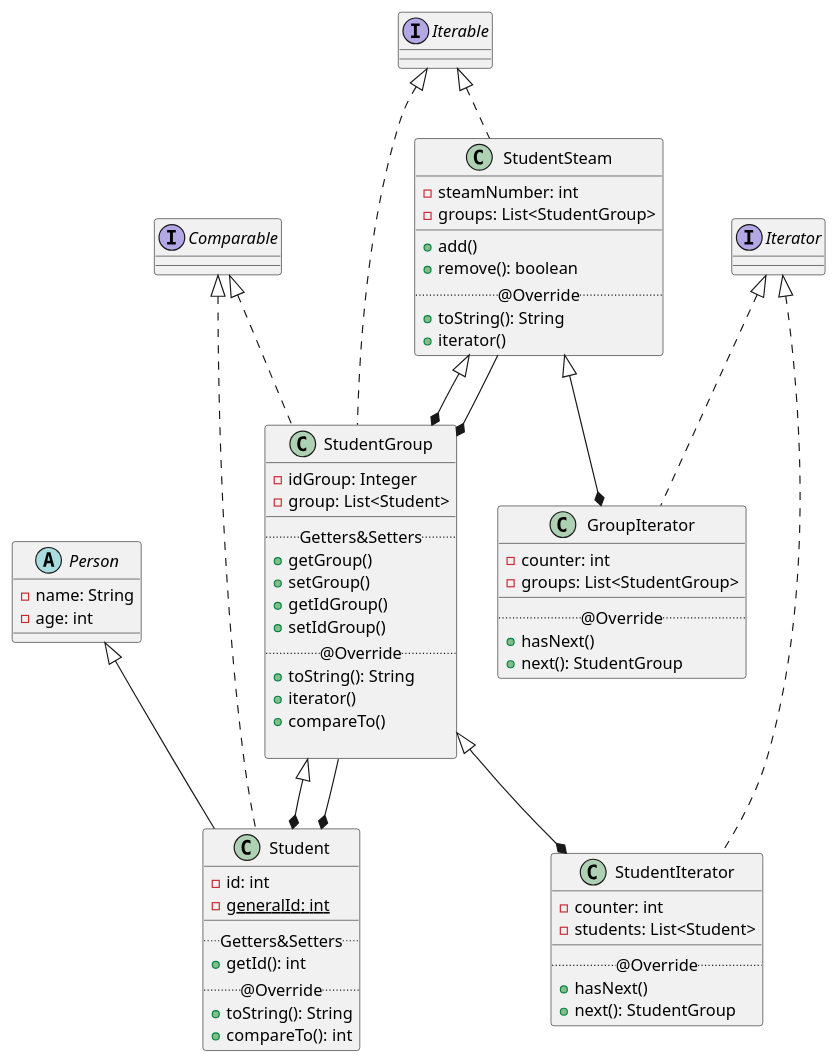
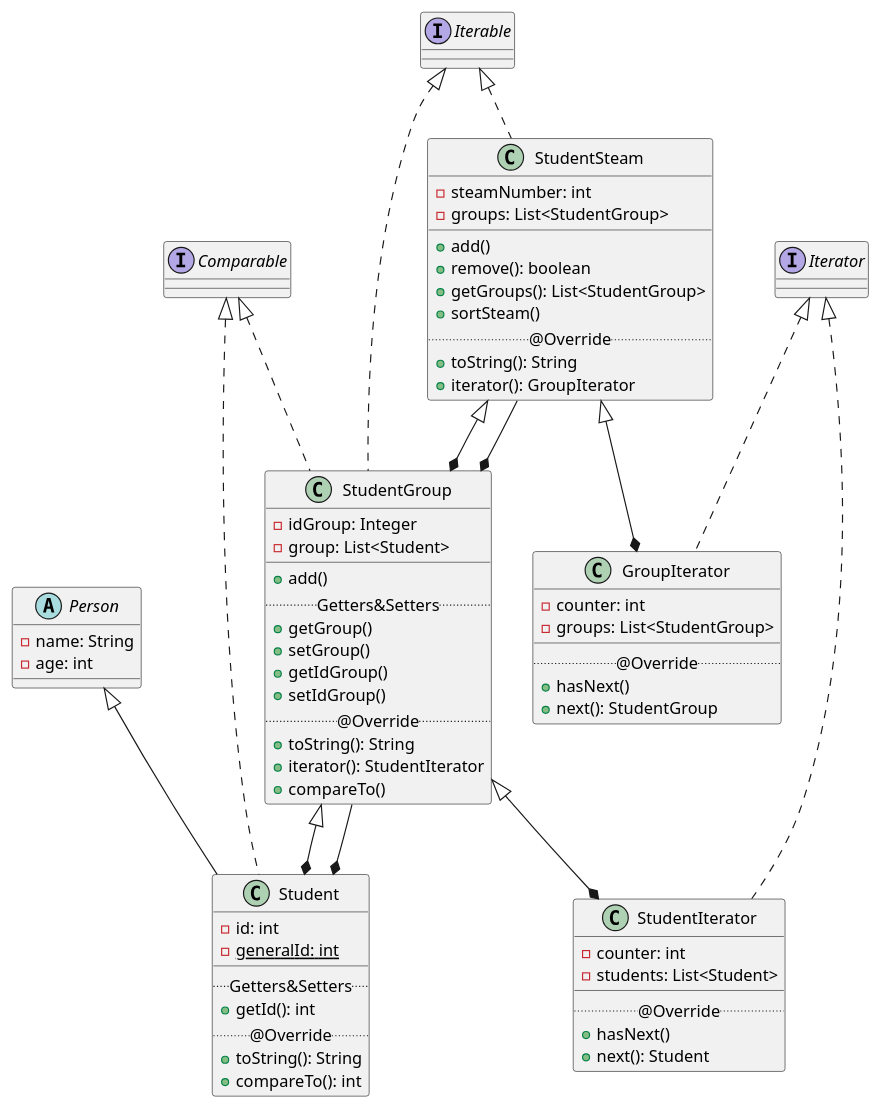
Before and after one commit to learningongb/oop: the diagram in StudentApp/classesUML.puml, drawn with PlantUML. The commit also changed 7 other files, not shown here.

```diff
--- a/StudentApp/classesUML.puml
+++ b/StudentApp/classesUML.puml
@@ -1,78 +1,80 @@
 @startuml
 
 abstract class Person {
     -name: String
     -age: int
 }
 
 class Student extends Person implements Comparable{
     -id: int
     -{static} generalId: int
     __
     ..Getters&Setters..
     +getId(): int
     ..@Override..
     +toString(): String
     +compareTo(): int
 }
 
 class StudentGroup implements Iterable, Comparable {
     -idGroup: Integer
     -group: List<Student>
     __
+    +add()
     ..Getters&Setters..
     +getGroup()
     +setGroup()
     +getIdGroup()
     +setIdGroup()
     ..@Override..
     +toString(): String
-    +iterator()
+    +iterator(): StudentIterator
     +compareTo()
-
 }
 
 class StudentSteam implements Iterable {
     -steamNumber: int
     -groups: List<StudentGroup>
     __
     +add()
     +remove(): boolean
+    +getGroups(): List<StudentGroup>
+    +sortSteam()
     ..@Override..
     +toString(): String
-    +iterator()
+    +iterator(): GroupIterator
 }
 
 class StudentIterator implements Iterator {
     -counter: int
     -students: List<Student>
     __
     ..@Override..
     +hasNext()
-    +next(): StudentGroup
+    +next(): Student
 }
 
 class GroupIterator implements Iterator {
     -counter: int
     -groups: List<StudentGroup>
     __
     ..@Override..
     +hasNext()
     +next(): StudentGroup
 }
 
 interface Comparable
 
 StudentGroup <|--* Student
 StudentGroup <|--* StudentIterator
 StudentGroup --* Student
 
 StudentSteam <|--* StudentGroup
 StudentSteam <|--* GroupIterator
 StudentSteam --* StudentGroup
 
 'class Employee extends Person
 'class Teacher extends Person
 
 hide @unlinked
 @enduml
```
